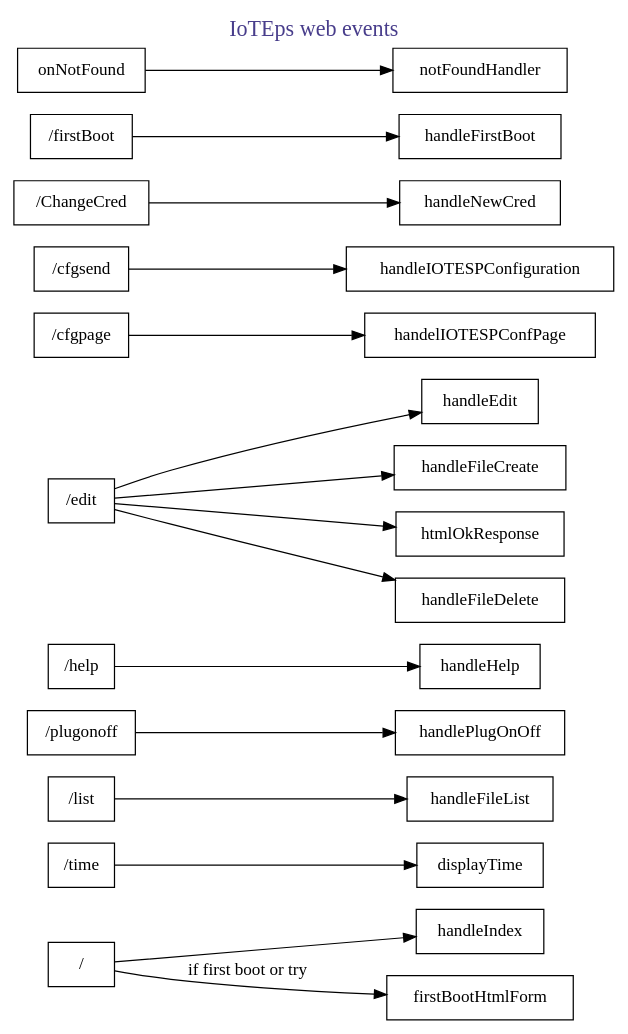
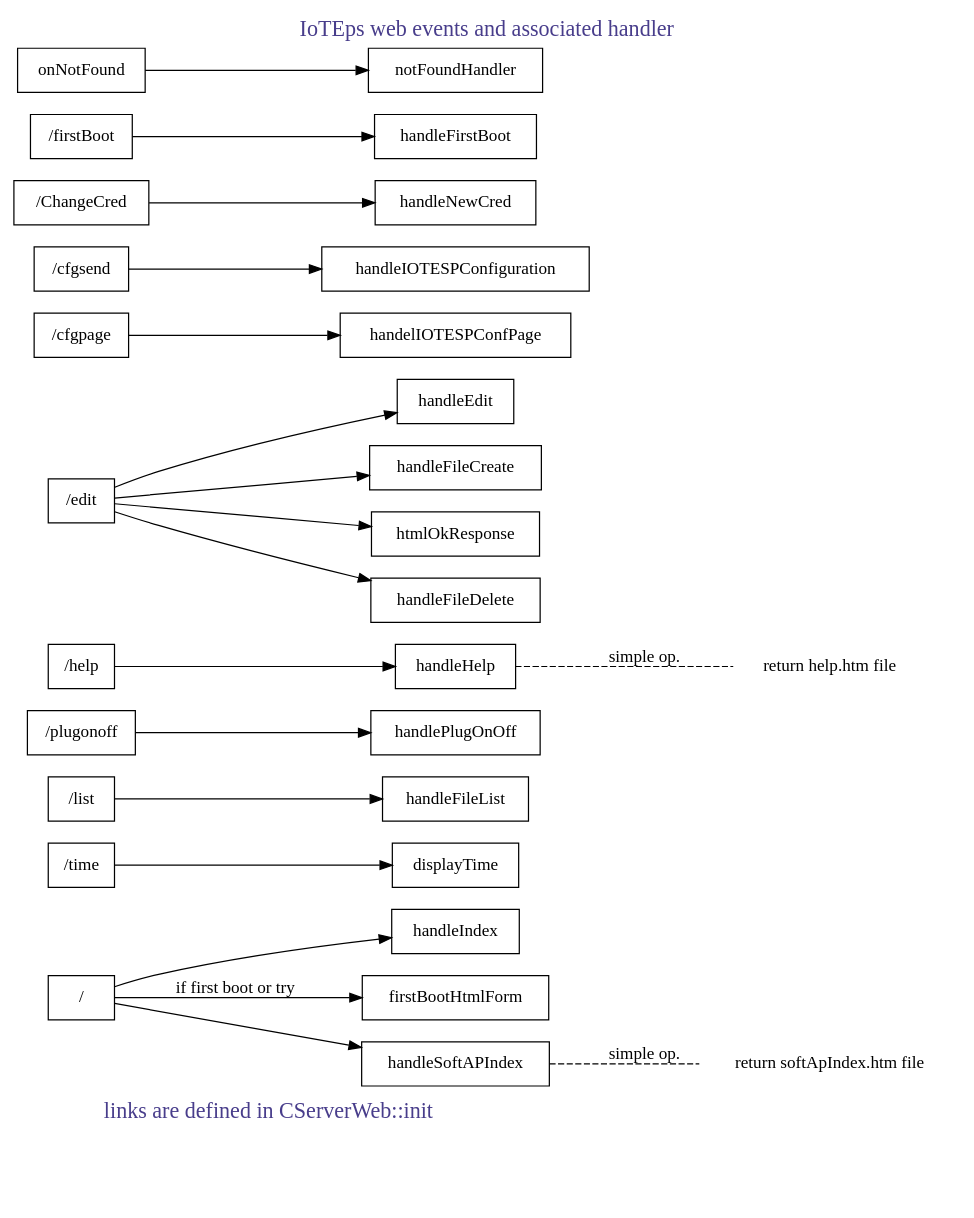
Before and after one commit to volab/IoT_EPS: the diagram in _1_userDoc/source/graphviz/webEvents.gv, drawn with Graphviz. The commit also changed 7 other files, not shown here.

Commit message:
UMl Documentation

```diff
--- a/_1_userDoc/source/graphviz/webEvents.gv
+++ b/_1_userDoc/source/graphviz/webEvents.gv
@@ -1,31 +1,54 @@
 digraph webEvents {
-    label="IoTEps web events" 
+    label="IoTEps web events and associated handler" 
     fontsize=18 
     fontcolor=darkslateblue 
     #layout="twopi"
     labelloc="t" 
     rankdir="LR" 
-    ratio=auto; 
-    ranksep=0.5
-    compound=true
-    
+    #ratio=auto; 
+    ranksep=0.1
+    #compound=true
+    center=true
 
+    subgraph clusterLegend {
+        label = "links are defined in CServerWeb::init"
+        ranksep=0.1
+        color=none
+        #shape = rectangle
+        #color =  green
+        a[style=invis]
+        b[style=invis]
+        a->b[style=invis]
+
+        #X -> Y[style= invis]
+    }
 
     node[shape=rect]
     "/" -> handleIndex
     "/" -> firstBootHtmlForm[label="if first boot or try"]
+    "return softApIndex.htm file"[shape=none]
+    "/" -> handleSoftAPIndex 
+    handleSoftAPIndex ->"return softApIndex.htm file"[label="simple op." style=dashed dir=back arrowhead=none arrowtail=none ]
     "/time" -> displayTime
     "/list"-> handleFileList
     "/plugonoff" -> handlePlugOnOff
     "/help" -> handleHelp
+    "return help.htm file"[shape=none]
+    handleHelp -> "return help.htm file"[label="simple op." style=dashed dir=back arrowhead=none arrowtail=none]
     "/edit" -> handleEdit
     "/edit" ->handleFileCreate
     "/edit" -> htmlOkResponse
     "/edit" -> handleFileDelete
     "/cfgpage" -> handelIOTESPConfPage
     "/cfgsend" -> handleIOTESPConfiguration
     "/ChangeCred" -> handleNewCred
     "/firstBoot" -> handleFirstBoot
 
     onNotFound -> notFoundHandler
+
+
+
+   
+
+
 }
```
